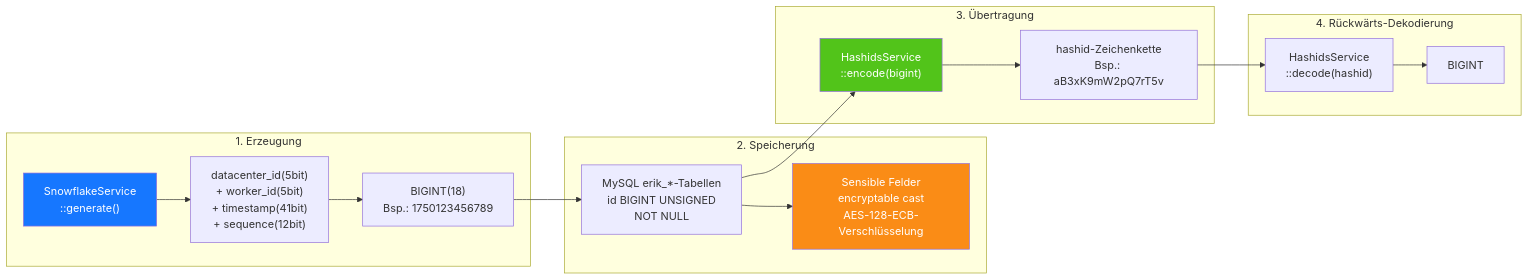
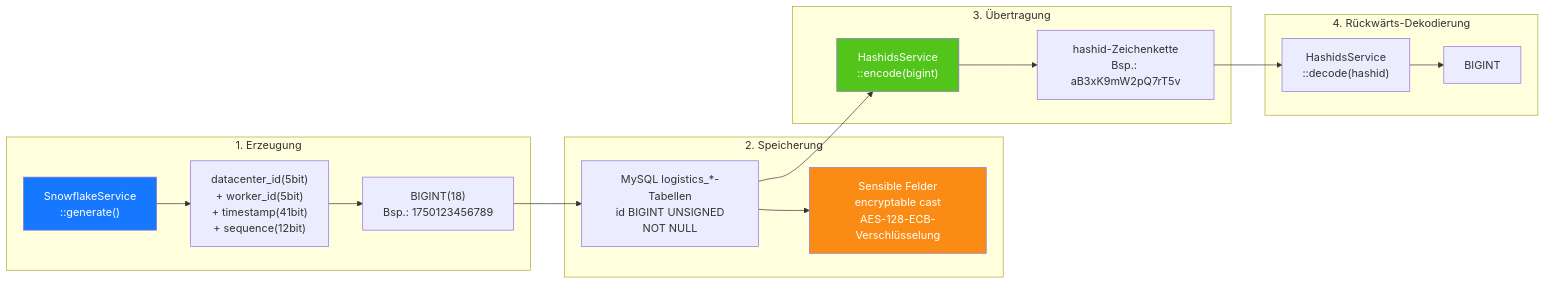
The seventh of 14 diagrams in admin/docs/ARCHITECTURE.de.md (erikwang2013/integrated-global-logistics), drawn with Mermaid before and after one commit. The commit also changed other lines of this file and 211 other files, not shown here.

````diff
--- a/admin/docs/ARCHITECTURE.de.md
+++ b/admin/docs/ARCHITECTURE.de.md
@@ -364,33 +364,33 @@
 ```mermaid
 flowchart LR
     subgraph "1. Erzeugung"
         G1["SnowflakeService<br/>::generate()"]
         G2["datacenter_id(5bit)<br/>+ worker_id(5bit)<br/>+ timestamp(41bit)<br/>+ sequence(12bit)"]
         G3["BIGINT(18)<br/>Bsp.: 1750123456789"]
         G1 --> G2 --> G3
     end
 
     subgraph "2. Speicherung"
-        S1["MySQL erik_*-Tabellen<br/>id BIGINT UNSIGNED<br/>NOT NULL"]
+        S1["MySQL logistics_*-Tabellen<br/>id BIGINT UNSIGNED<br/>NOT NULL"]
         S2["Sensible Felder<br/>encryptable cast<br/>AES-128-ECB-Verschlüsselung"]
         G3 --> S1
         S1 --> S2
     end
 
     subgraph "3. Übertragung"
         T1["HashidsService<br/>::encode(bigint)"]
         T2["hashid-Zeichenkette<br/>Bsp.: aB3xK9mW2pQ7rT5v"]
         S1 --> T1
         T1 --> T2
     end
 
     subgraph "4. Rückwärts-Dekodierung"
         R1["HashidsService<br/>::decode(hashid)"]
         R2["BIGINT"]
         T2 --> R1 --> R2
     end
 
     style G1 fill:#1677FF,color:#fff
     style T1 fill:#52C41A,color:#fff
     style S2 fill:#FA8C16,color:#fff
 ```
````
